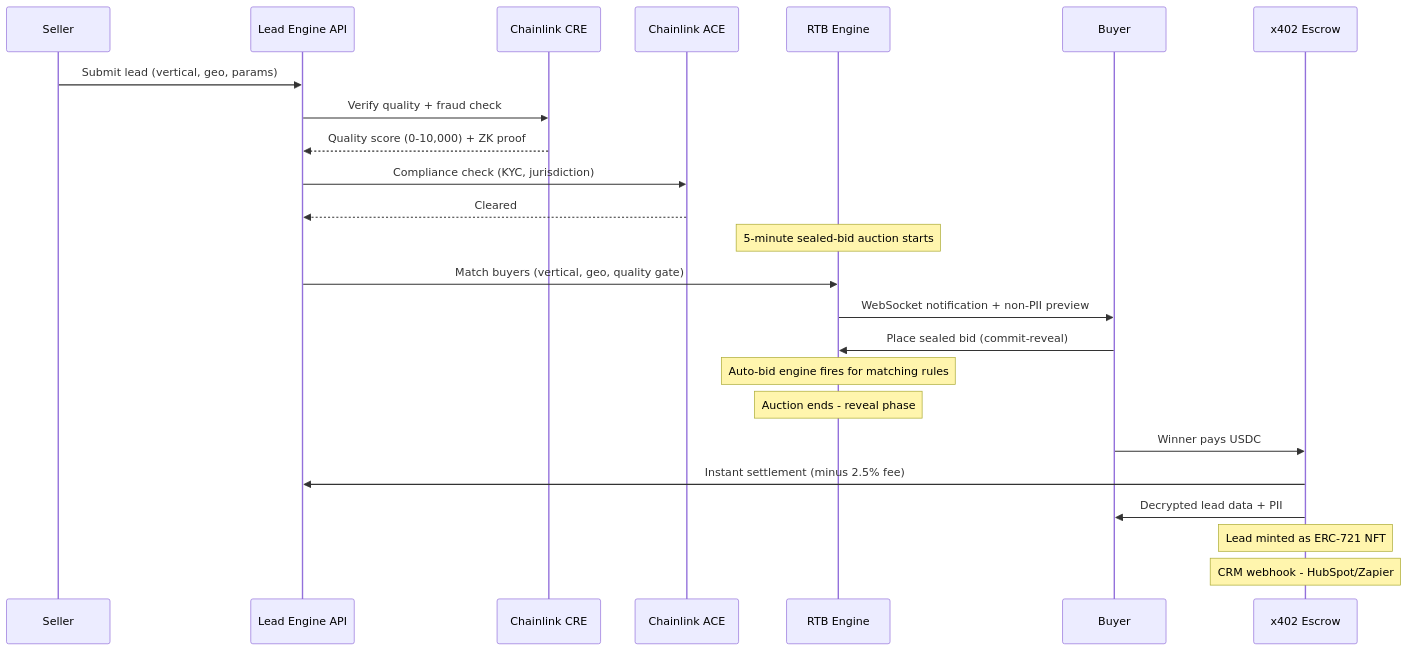
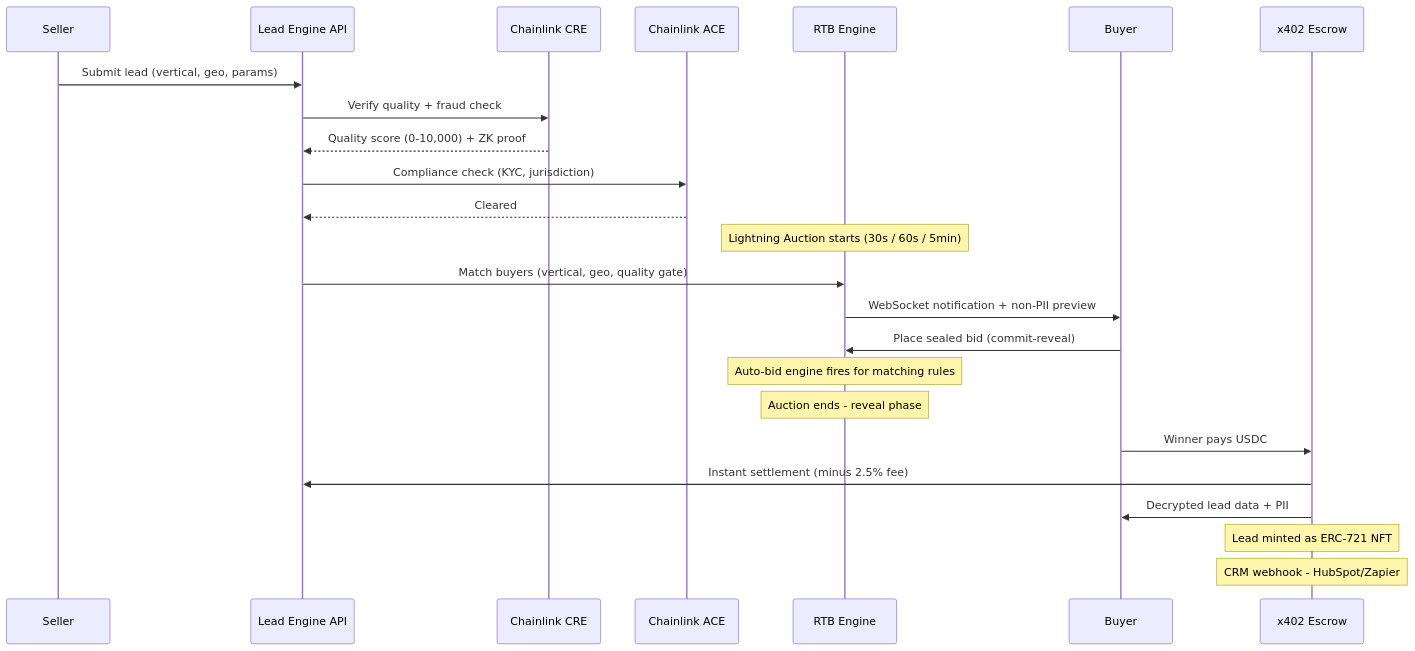
One commit to bnmbnmai/lead-engine-cre changed the first of 2 diagrams in README.md. Above: the diagram before and after it, drawn with Mermaid.

Commit message:
fix: update auction note to Lightning Auction (30s/60s/5min)

````diff
--- a/README.md
+++ b/README.md
@@ -38,32 +38,32 @@
 ```mermaid
 sequenceDiagram
     participant S as Seller
     participant API as Lead Engine API
     participant CRE as Chainlink CRE
     participant ACE as Chainlink ACE
     participant RTB as RTB Engine
     participant B as Buyer
     participant X as x402 Escrow
 
     S->>API: Submit lead (vertical, geo, params)
     API->>CRE: Verify quality + fraud check
     CRE-->>API: Quality score (0-10,000) + ZK proof
     API->>ACE: Compliance check (KYC, jurisdiction)
     ACE-->>API: Cleared
 
-    Note over RTB: 5-minute sealed-bid auction starts
+    Note over RTB: Lightning Auction starts (30s / 60s / 5min)
 
     API->>RTB: Match buyers (vertical, geo, quality gate)
     RTB->>B: WebSocket notification + non-PII preview
     B->>RTB: Place sealed bid (commit-reveal)
 
     Note over RTB: Auto-bid engine fires for matching rules
     Note over RTB: Auction ends - reveal phase
 
     B->>X: Winner pays USDC
     X->>API: Instant settlement (minus 2.5% fee)
     X->>B: Decrypted lead data + PII
 
     Note over X: Lead minted as ERC-721 NFT
     Note over X: CRM webhook - HubSpot/Zapier
 ```
````
